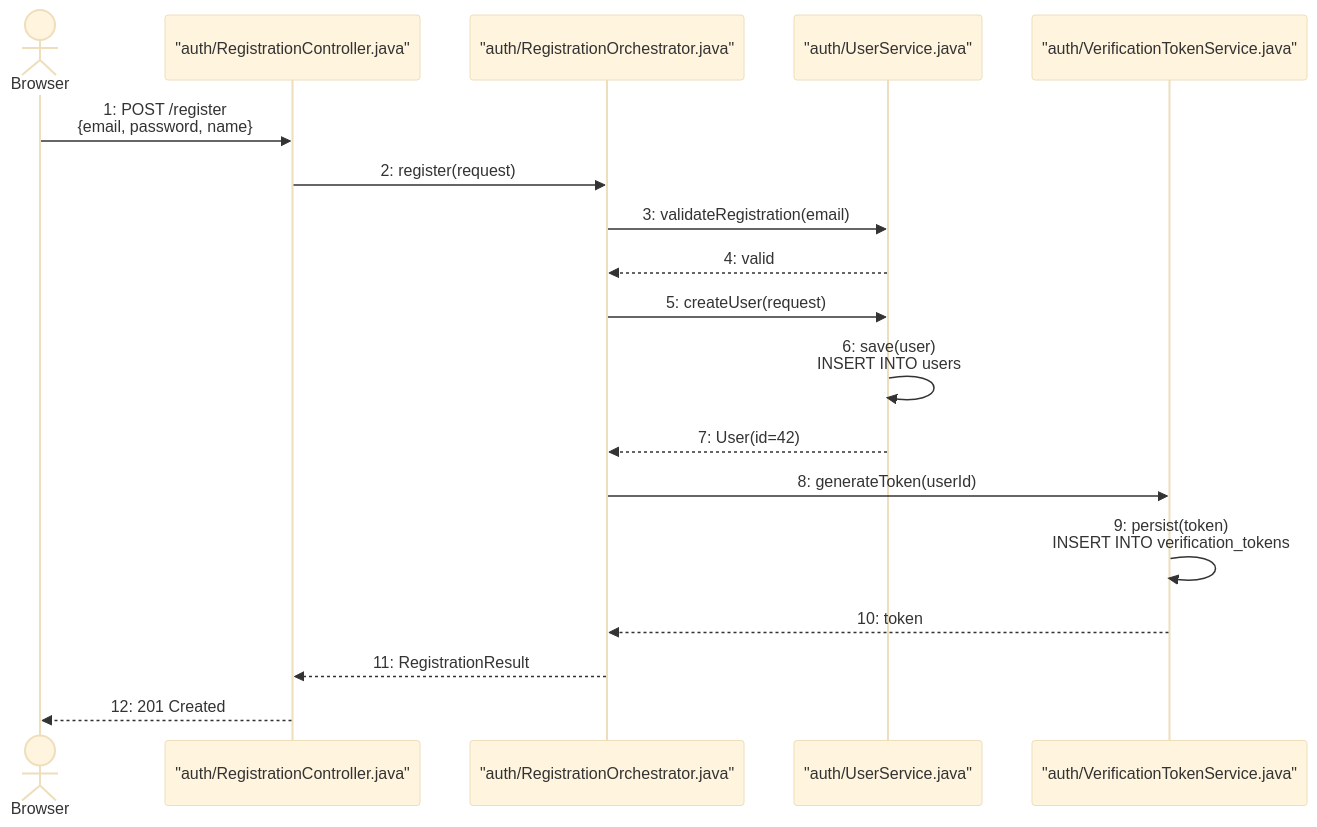
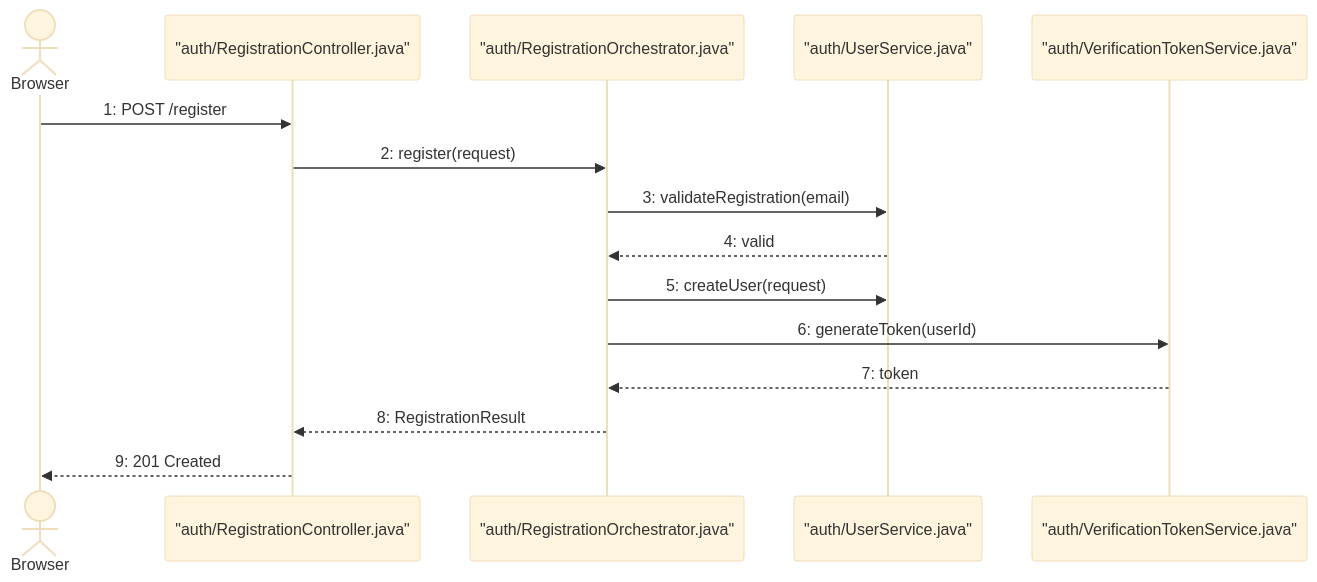
One commit to sjmyuan/gg-daily-workbench changed the second of 2 diagrams in skills/investigate-code/examples/markdown-report.md. Above: the diagram before and after it, drawn with Mermaid (base theme). The commit also changed other lines of this file and 11 other files, not shown here.

````diff
--- a/skills/investigate-code/examples/markdown-report.md
+++ b/skills/investigate-code/examples/markdown-report.md
@@ -117,22 +67,17 @@
 ```mermaid
 sequenceDiagram
-    %% Level: code — cross-file / class
     actor Browser
     participant Ctrl as "auth/RegistrationController.java"
     participant Orch as "auth/RegistrationOrchestrator.java"
     participant UserSvc as "auth/UserService.java"
     participant TokenSvc as "auth/VerificationTokenService.java"
-
-    Browser->>Ctrl: 1: POST /register<br/>{email, password, name}
+    Browser->>Ctrl: 1: POST /register
     Ctrl->>Orch: 2: register(request)
     Orch->>UserSvc: 3: validateRegistration(email)
     UserSvc-->>Orch: 4: valid
     Orch->>UserSvc: 5: createUser(request)
-    UserSvc->>UserSvc: 6: save(user)<br/>INSERT INTO users
-    UserSvc-->>Orch: 7: User(id=42)
-    Orch->>TokenSvc: 8: generateToken(userId)
-    TokenSvc->>TokenSvc: 9: persist(token)<br/>INSERT INTO verification_tokens
-    TokenSvc-->>Orch: 10: token
-    Orch-->>Ctrl: 11: RegistrationResult
-    Ctrl-->>Browser: 12: 201 Created
+    Orch->>TokenSvc: 6: generateToken(userId)
+    TokenSvc-->>Orch: 7: token
+    Orch-->>Ctrl: 8: RegistrationResult
+    Ctrl-->>Browser: 9: 201 Created
 ```
````
